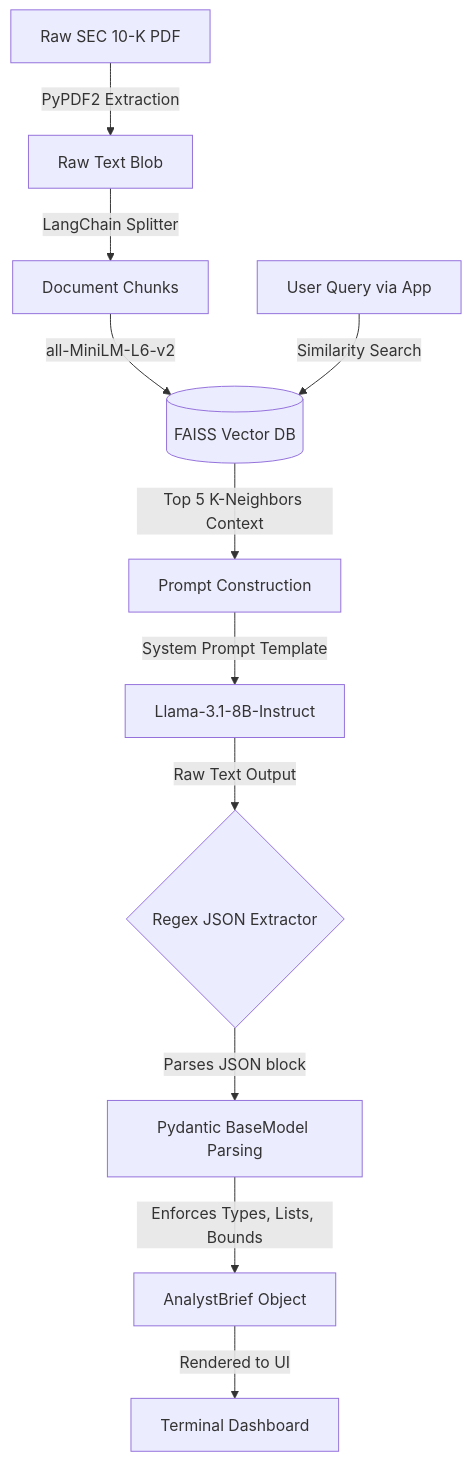
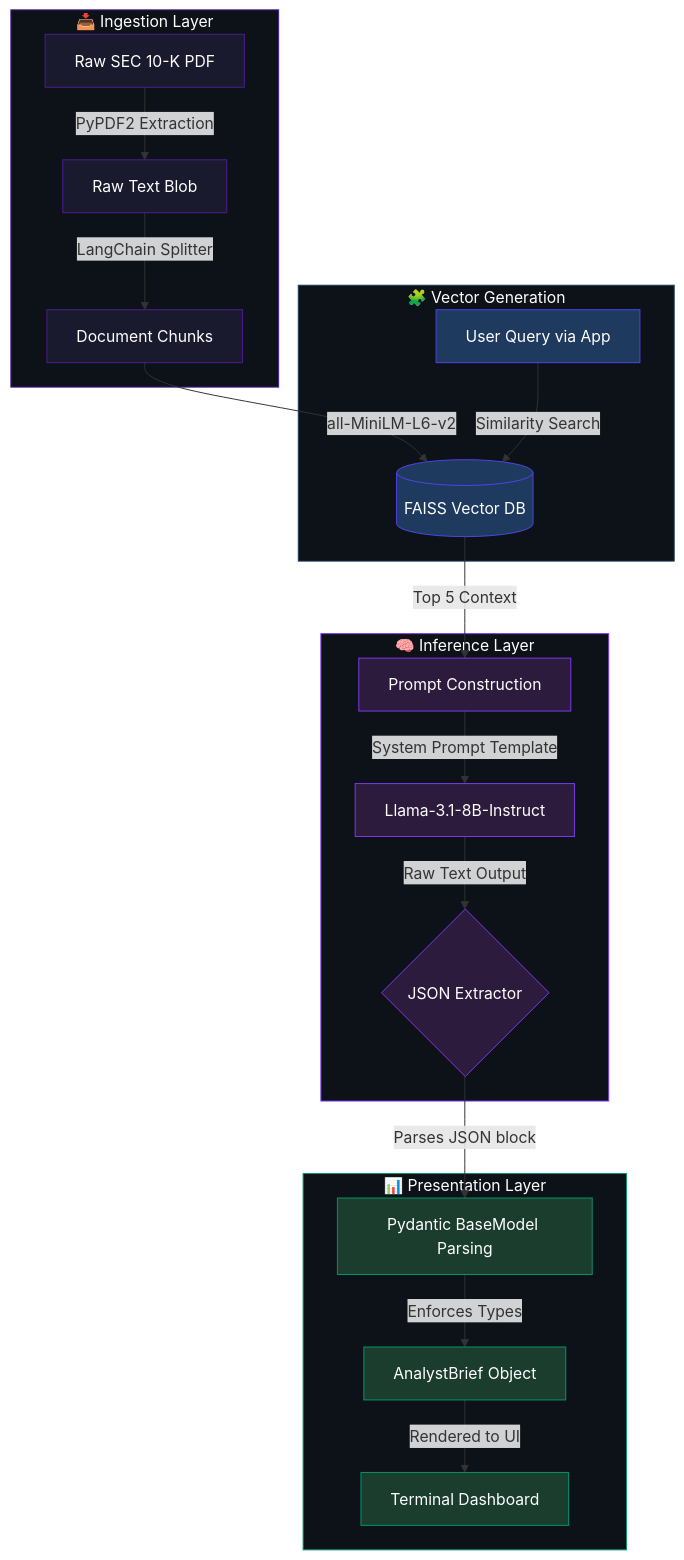
The diagram in docs/ARCHITECTURE.md (RishabJainhub/eq-analytics-terminal), drawn with Mermaid before and after one commit. The commit also changed 1 other file, not shown here.

Commit message:
style: elevate Nexus Equity Terminal with Elite Boss Mode aesthetics

````diff
--- a/docs/ARCHITECTURE.md
+++ b/docs/ARCHITECTURE.md
@@ -23,15 +23,41 @@
 ```mermaid
-graph TD
-    A[Raw SEC 10-K PDF] -->|PyPDF2 Extraction| B[Raw Text Blob]
-    B -->|LangChain Splitter| C[Document Chunks]
-    C -->|all-MiniLM-L6-v2| D[(FAISS Vector DB)]
-    
-    E[User Query via App] -->|Similarity Search| D
-    D -->|Top 5 K-Neighbors Context| F[Prompt Construction]
-    F -->|System Prompt Template| G[Llama-3.1-8B-Instruct]
-    
-    G -->|Raw Text Output| H{Regex JSON Extractor}
-    H -->|Parses JSON block| I[Pydantic BaseModel Parsing]
-    I -->|Enforces Types, Lists, Bounds| J[AnalystBrief Object]
-    J -->|Rendered to UI| K[Terminal Dashboard]
+flowchart TD
+    subgraph INGESTION ["📥 Ingestion Layer"]
+        A[Raw SEC 10-K PDF] -->|PyPDF2 Extraction| B[Raw Text Blob]
+        B -->|LangChain Splitter| C[Document Chunks]
+    end
+
+    subgraph VECTOR ["🧩 Vector Generation"]
+        C -->|all-MiniLM-L6-v2| D[(FAISS Vector DB)]
+        E[User Query via App] -->|Similarity Search| D
+    end
+
+    subgraph INFERENCE ["🧠 Inference Layer"]
+        D -->|Top 5 Context| F[Prompt Construction]
+        F -->|System Prompt Template| G[Llama-3.1-8B-Instruct]
+        G -->|Raw Text Output| H{JSON Extractor}
+    end
+
+    subgraph UI ["📊 Presentation Layer"]
+        H -->|Parses JSON block| I[Pydantic BaseModel Parsing]
+        I -->|Enforces Types| J[AnalystBrief Object]
+        J -->|Rendered to UI| K[Terminal Dashboard]
+    end
+
+    style INGESTION fill:#0d1218,stroke:#4c1d95,color:#fff
+    style VECTOR fill:#0d1218,stroke:#1e3a5f,color:#fff
+    style INFERENCE fill:#0d1218,stroke:#7c3aed,color:#fff
+    style UI fill:#0d1218,stroke:#059669,color:#fff
+
+    style A fill:#1a1a2e,stroke:#4c1d95,color:#fff
+    style B fill:#1a1a2e,stroke:#4c1d95,color:#fff
+    style C fill:#1a1a2e,stroke:#4c1d95,color:#fff
+    style D fill:#1e3a5f,stroke:#4F46E5,color:#fff
+    style E fill:#1e3a5f,stroke:#4F46E5,color:#fff
+    style F fill:#2d1b3d,stroke:#7C3AED,color:#fff
+    style G fill:#2d1b3d,stroke:#7C3AED,color:#fff
+    style H fill:#2d1b3d,stroke:#7C3AED,color:#fff
+    style I fill:#1b3d2d,stroke:#059669,color:#fff
+    style J fill:#1b3d2d,stroke:#059669,color:#fff
+    style K fill:#1b3d2d,stroke:#059669,color:#fff
 ```
````
